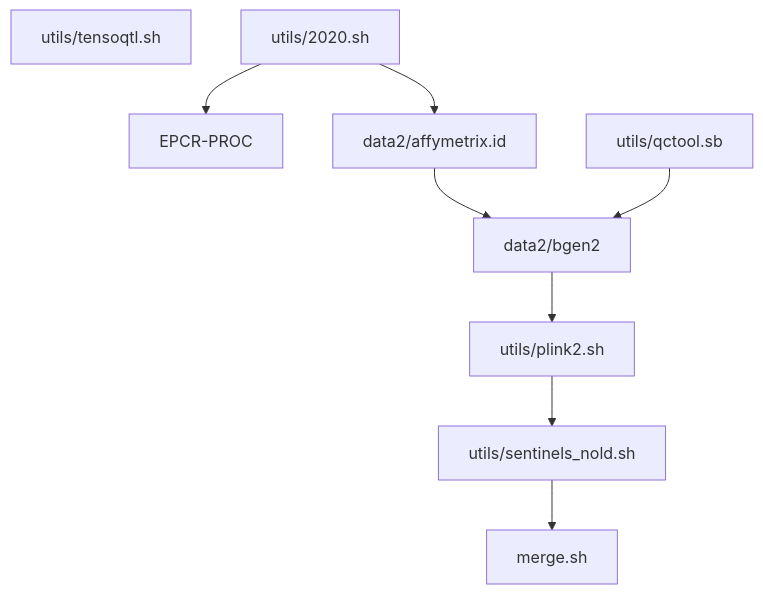
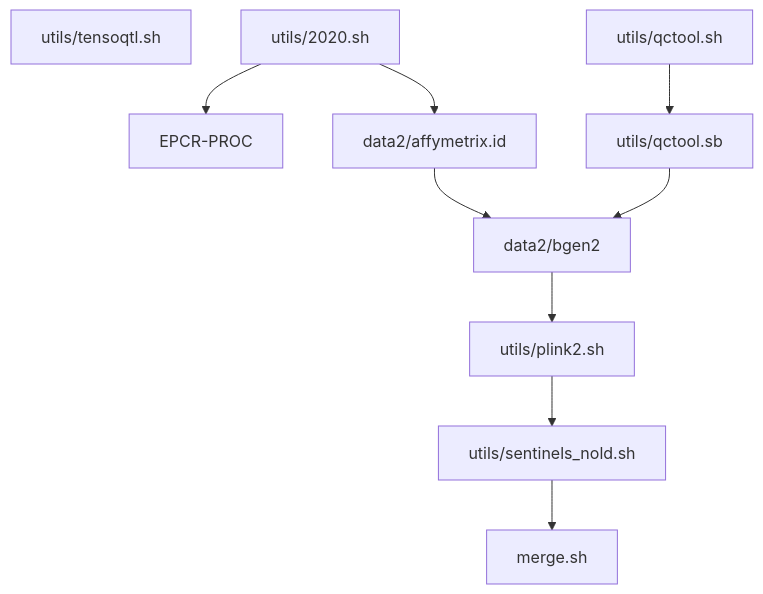
Before and after one commit to jinghuazhao/Caprion: the first of 2 diagrams in docs/README.md, drawn with Mermaid. The commit also changed other lines of this file and 3 other files, not shown here.

````diff
--- a/docs/README.md
+++ b/docs/README.md
@@ -38,11 +38,12 @@
 ```mermaid
 graph TB;
 utils/tensoqtl.sh
 utils/2020.sh --> EPCR-PROC
 utils/2020.sh --> data2/affymetrix.id
 data2/affymetrix.id  --> data2/bgen2
+utils/qctool.sh --> utils/qctool.sb
 utils/qctool.sb --> data2/bgen2
 data2/bgen2 --> utils/plink2.sh
 utils/plink2.sh --> utils/sentinels_nold.sh
 utils/sentinels_nold.sh --> merge.sh
 ```
````
